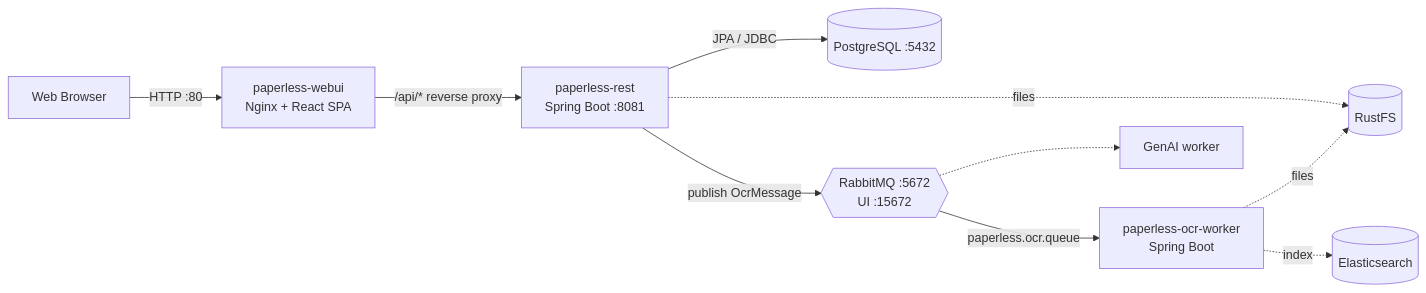
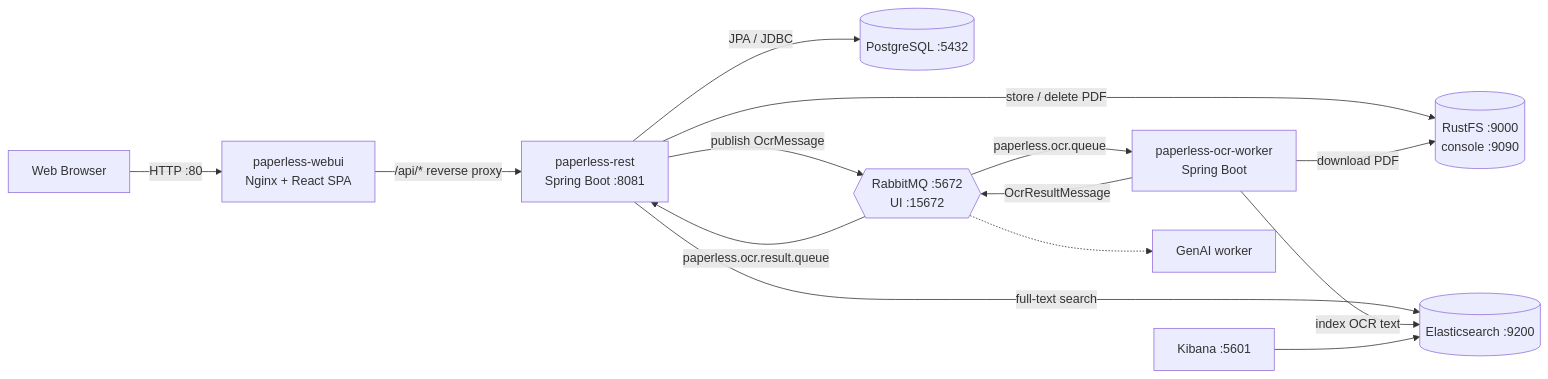
Before and after one commit to David-Velichka/paperless-dms: the first of 2 diagrams in docs/architecture.md, drawn with Mermaid. The commit also changed other lines of this file and 46 other files, not shown here.

Commit message:
finalize sprint 4: docs, version 0.4.0, title edit, result dead-letter queue and review fixes

````diff
--- a/docs/architecture.md
+++ b/docs/architecture.md
@@ -7,13 +7,17 @@
 ```mermaid
 flowchart LR
     Browser["Web Browser"] -->|HTTP :80| WebUI["paperless-webui<br/>Nginx + React SPA"]
     WebUI -->|"/api/* reverse proxy"| REST["paperless-rest<br/>Spring Boot :8081"]
     REST -->|JPA / JDBC| DB[("PostgreSQL :5432")]
+    REST -->|"store / delete PDF"| S3[("RustFS :9000<br/>console :9090")]
+    REST -->|"full-text search"| ES[("Elasticsearch :9200")]
     REST -->|"publish OcrMessage"| MQ{{"RabbitMQ :5672<br/>UI :15672"}}
     MQ -->|"paperless.ocr.queue"| OCR["paperless-ocr-worker<br/>Spring Boot"]
+    OCR -->|"download PDF"| S3
+    OCR -->|"index OCR text"| ES
+    OCR -->|"OcrResultMessage"| MQ
+    MQ -->|"paperless.ocr.result.queue"| REST
+    Kibana["Kibana :5601"] --> ES
 
-    REST -.->|files| S3[("RustFS")]
-    OCR -.->|files| S3
-    OCR -.->|index| ES[("Elasticsearch")]
     MQ -.-> GenAI["GenAI worker"]
 ```
````
